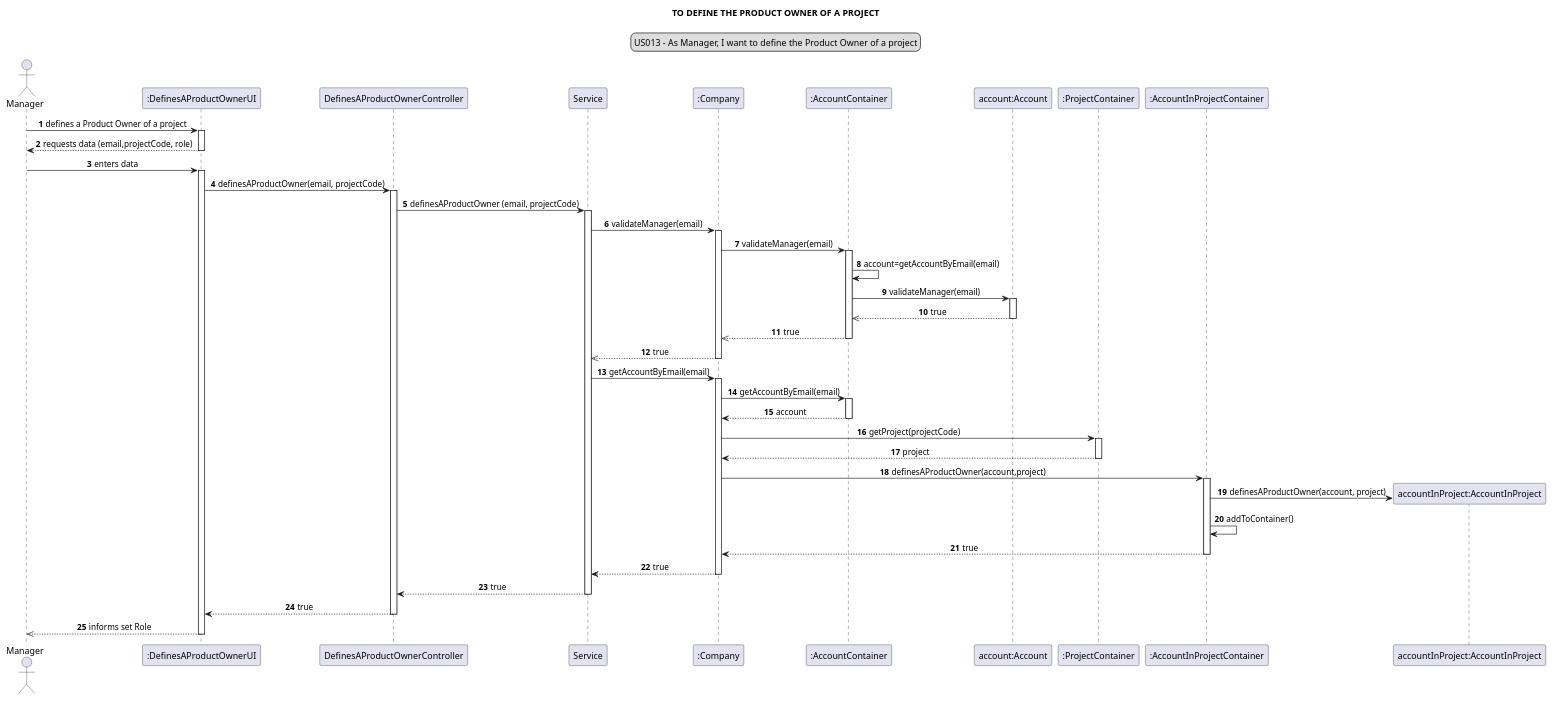
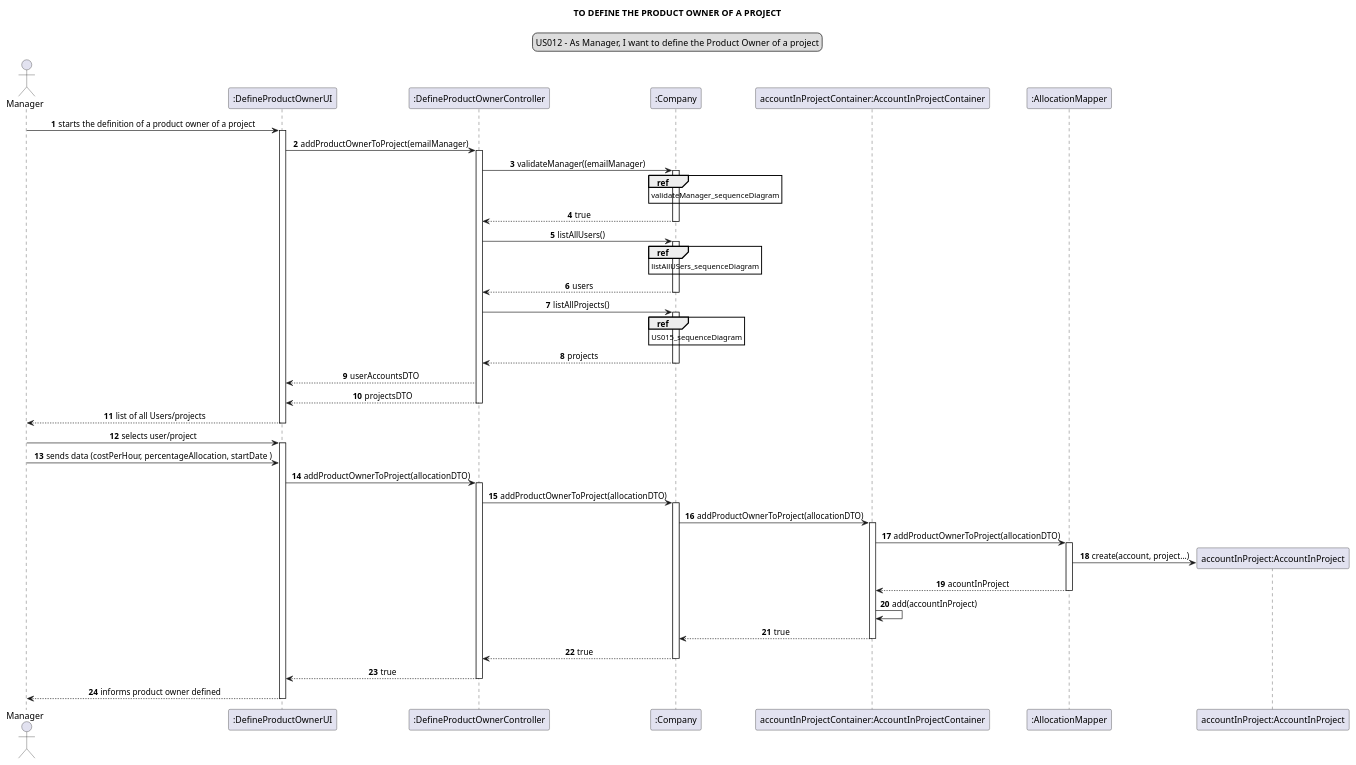
The diagram in docs/modelling_design/user_stories/sprint02/us012/US012_sequenceDiagram.puml (Loracline/project_switch_22-23), drawn with PlantUML before and after one commit. The commit also changed 1 other file, not shown here.

Commit message:
US012: Design: Updated Sequence and Class Diagrams

```diff
--- a/docs/modelling_design/user_stories/sprint02/us012/US012_sequenceDiagram.puml
+++ b/docs/modelling_design/user_stories/sprint02/us012/US012_sequenceDiagram.puml
@@ -1,68 +1,68 @@
 @startuml
-'https://plantuml.com/class-diagram
 skinparam sequenceMessageAlign center
 title TO DEFINE THE PRODUCT OWNER OF A PROJECT
 legend top
-US013 - As Manager, I want to define the Product Owner of a project
+US012 - As Manager, I want to define the Product Owner of a project
 end legend
 autonumber
+
+
 actor Manager
-participant ":DefinesAProductOwnerUI" as ui
-participant "DefinesAProductOwnerController" as controller
-participant "Service" as ser
+participant ":DefineProductOwnerUI" as ui
+participant ":DefineProductOwnerController" as controller
 participant ":Company" as company
-participant ":AccountContainer" as ac
-participant "account:Account" as a
-participant ":ProjectContainer" as pcpcontainer
-participant ":AccountInProjectContainer" as accinprojcont
+participant "accountInProjectContainer:AccountInProjectContainer" as accinprojcont
+participant ":AllocationMapper" as mapper
 participant "accountInProject:AccountInProject" as accinproj
-Manager -> ui:  defines a Product Owner of a project
+
+Manager -> ui: starts the definition of a product owner of a project
 activate ui
-Manager <-- ui:  requests data (email,projectCode, role)
+ui -> controller: addProductOwnerToProject(emailManager)
+activate controller
+controller -> company: validateManager((emailManager)
+activate company
+ref over company: validateManager_sequenceDiagram
+company --> controller: true
+deactivate company
+controller -> company: listAllUsers()
+activate company
+ref over company: listAllUSers_sequenceDiagram
+company --> controller: users
+deactivate company
+controller -> company: listAllProjects()
+activate company
+ref over company: US015_sequenceDiagram
+company --> controller: projects
+deactivate company
+controller --> ui: userAccountsDTO
+controller --> ui: projectsDTO
+deactivate controller
+ui --> Manager: list of all Users/projects
+
 deactivate ui
-Manager -> ui:  enters data
+
+Manager -> ui: selects user/project
 activate ui
-ui -> controller: definesAProductOwner(email, projectCode)
+Manager -> ui: sends data (costPerHour, percentageAllocation, startDate )
+ui -> controller: addProductOwnerToProject(allocationDTO)
 activate controller
-controller -> ser: definesAProductOwner (email, projectCode)
-activate ser
-ser -> company: validateManager(email)
+controller -> company: addProductOwnerToProject(allocationDTO)
 activate company
-company -> ac: validateManager(email)
-activate ac
-ac -> ac: account=getAccountByEmail(email)
-ac -> a: validateManager(email)
-activate a
-a -->> ac: true
-deactivate a
-ac -->> company: true
-deactivate ac
-company -->> ser: true
-deactivate company
-ser -> company: getAccountByEmail(email)
-activate company
-company -> ac: getAccountByEmail(email)
-activate ac
-company <-- ac: account
-deactivate ac
-company -> pcpcontainer: getProject(projectCode)
-activate pcpcontainer
-company <-- pcpcontainer: project
-deactivate pcpcontainer
-company -> accinprojcont: definesAProductOwner(account,project)
+company -> accinprojcont: addProductOwnerToProject(allocationDTO)
 activate accinprojcont
+accinprojcont -> mapper: addProductOwnerToProject(allocationDTO)
+activate mapper
 create accinproj
-accinprojcont -> accinproj: definesAProductOwner(account, project)
-accinprojcont -> accinprojcont: addToContainer()
-deactivate accinproj
+mapper -> accinproj: create(account, project...)
+mapper --> accinprojcont: acountInProject
+deactivate mapper
+accinprojcont -> accinprojcont: add(accountInProject)
 accinprojcont --> company: true
 deactivate accinprojcont
-company --> ser : true
+company --> controller: true
 deactivate company
-ser --> controller: true
-deactivate ser
 controller --> ui: true
 deactivate controller
-ui -->> Manager: informs set Role
+ui --> Manager: informs product owner defined
 deactivate ui
 @enduml
```
